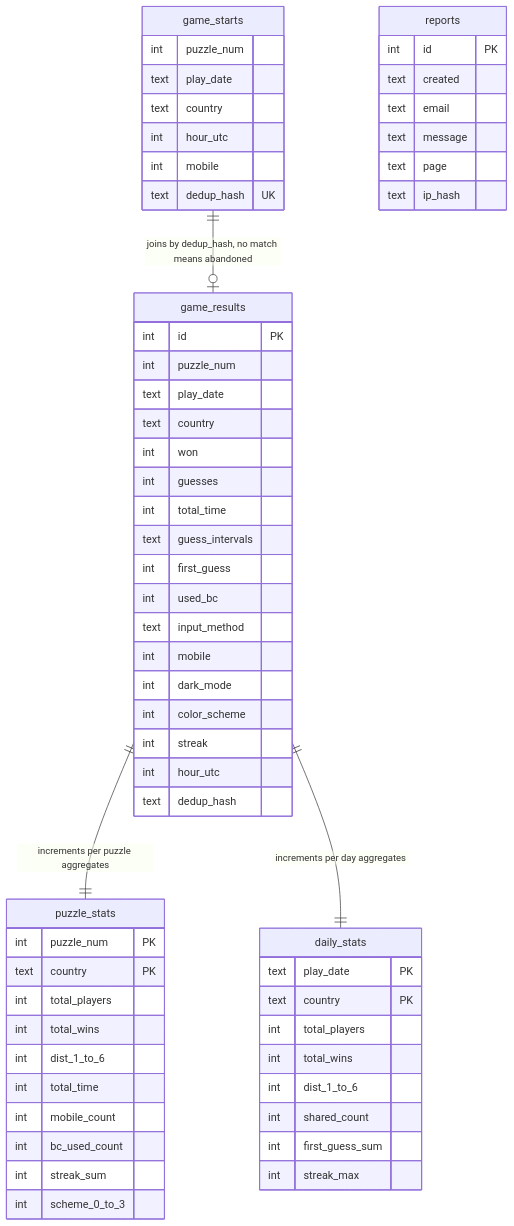
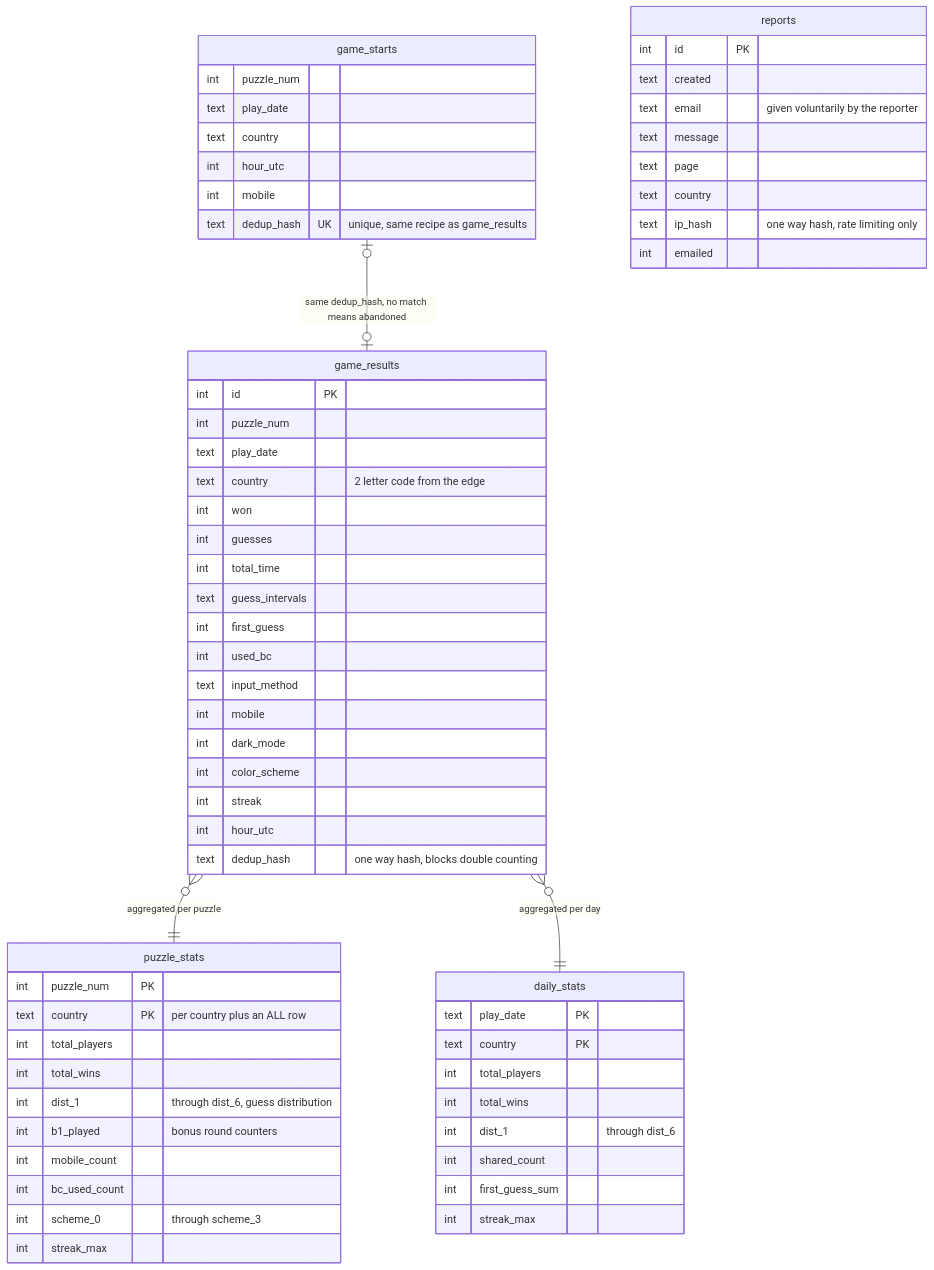
One commit to ITakeCake/inventle changed the first of 2 diagrams in README.md. Above: the diagram before and after it, drawn with Mermaid. The commit also changed other lines of this file and 2 other files, not shown here.

Commit message:
Polish README, correct the digit feedback example, refine diagrams, remove em dashes from docs

````diff
--- a/README.md
+++ b/README.md
@@ -139,63 +141,65 @@
 ```mermaid
 erDiagram
     game_starts {
         int puzzle_num
         text play_date
         text country
         int hour_utc
         int mobile
-        text dedup_hash UK
+        text dedup_hash UK "unique, same recipe as game_results"
     }
     game_results {
         int id PK
         int puzzle_num
         text play_date
-        text country
+        text country "2 letter code from the edge"
         int won
         int guesses
         int total_time
         text guess_intervals
         int first_guess
         int used_bc
         text input_method
         int mobile
         int dark_mode
         int color_scheme
         int streak
         int hour_utc
-        text dedup_hash
+        text dedup_hash "one way hash, blocks double counting"
     }
     puzzle_stats {
         int puzzle_num PK
-        text country PK
+        text country PK "per country plus an ALL row"
         int total_players
         int total_wins
-        int dist_1_to_6
-        int total_time
+        int dist_1 "through dist_6, guess distribution"
+        int b1_played "bonus round counters"
         int mobile_count
         int bc_used_count
-        int streak_sum
-        int scheme_0_to_3
+        int scheme_0 "through scheme_3"
+        int streak_max
     }
     daily_stats {
         text play_date PK
         text country PK
         int total_players
         int total_wins
-        int dist_1_to_6
+        int dist_1 "through dist_6"
         int shared_count
         int first_guess_sum
         int streak_max
     }
     reports {
         int id PK
         text created
-        text email
+        text email "given voluntarily by the reporter"
         text message
         text page
-        text ip_hash
+        text country
+        text ip_hash "one way hash, rate limiting only"
+        int emailed
     }
-    game_starts ||--o| game_results : "joins by dedup_hash, no match means abandoned"
-    game_results ||--|| puzzle_stats : "increments per puzzle aggregates"
-    game_results ||--|| daily_stats : "increments per day aggregates"
+    game_starts |o--o| game_results : "same dedup_hash, no match means abandoned"
+    game_results }o--|| puzzle_stats : "aggregated per puzzle"
+    game_results }o--|| daily_stats : "aggregated per day"
 ```
````
